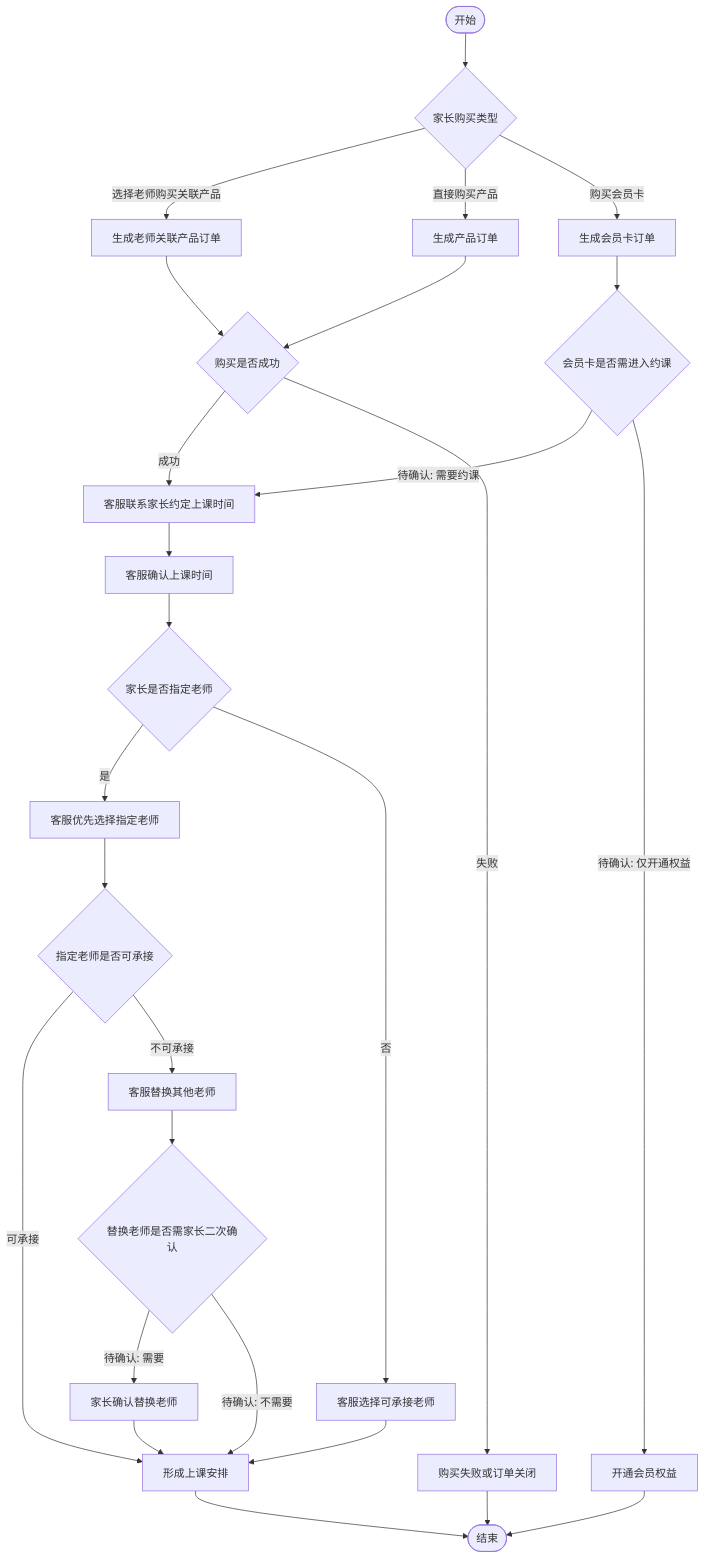
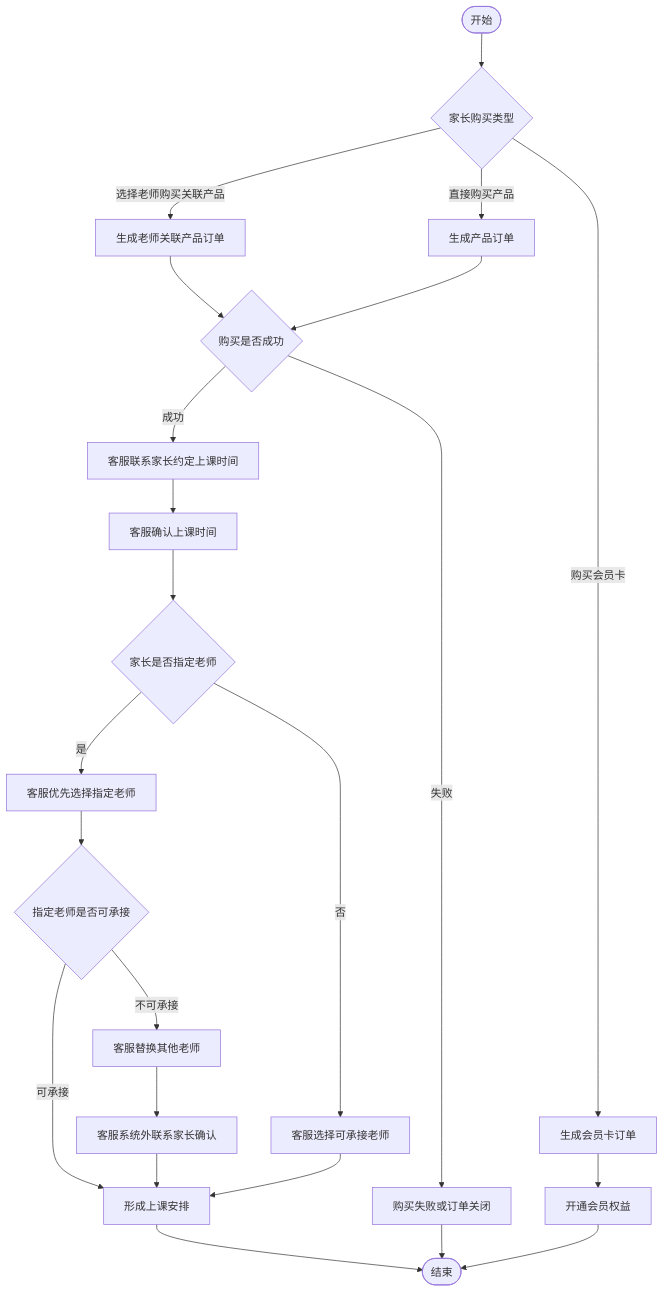
The first of 5 diagrams in 06_业务流程/业务流程_优坐标B2C流程_v1_20260603.md (xyf394175606-arch/yzb), drawn with Mermaid before and after one commit. The commit also changed other lines of this file and 6 other files, not shown here.

````diff
--- a/06_业务流程/业务流程_优坐标B2C流程_v1_20260603.md
+++ b/06_业务流程/业务流程_优坐标B2C流程_v1_20260603.md
@@ -64,29 +75,25 @@
 ```mermaid
 flowchart TD
   S([开始]) --> D1{家长购买类型}
   D1 -->|选择老师购买关联产品| B1[生成老师关联产品订单]
   D1 -->|直接购买产品| B2[生成产品订单]
   D1 -->|购买会员卡| B3[生成会员卡订单]
   B1 --> D2{购买是否成功}
   B2 --> D2
-  B3 --> D3{会员卡是否需进入约课}
+  B3 --> M1[开通会员权益]
   D2 -->|成功| C1[客服联系家长约定上课时间]
   D2 -->|失败| E1[购买失败或订单关闭]
-  D3 -->|待确认: 需要约课| C1
-  D3 -->|待确认: 仅开通权益| M1[开通会员权益]
   C1 --> C2[客服确认上课时间]
   C2 --> D4{家长是否指定老师}
   D4 -->|是| C3[客服优先选择指定老师]
   D4 -->|否| C4[客服选择可承接老师]
   C3 --> D5{指定老师是否可承接}
   D5 -->|可承接| C6[形成上课安排]
   D5 -->|不可承接| C5[客服替换其他老师]
   C4 --> C6
-  C5 --> D6{替换老师是否需家长二次确认}
-  D6 -->|待确认: 需要| C7[家长确认替换老师]
-  D6 -->|待确认: 不需要| C6
+  C5 --> C7[客服系统外联系家长确认]
   C7 --> C6
   C6 --> F([结束])
   M1 --> F
   E1 --> F
 ```
````
